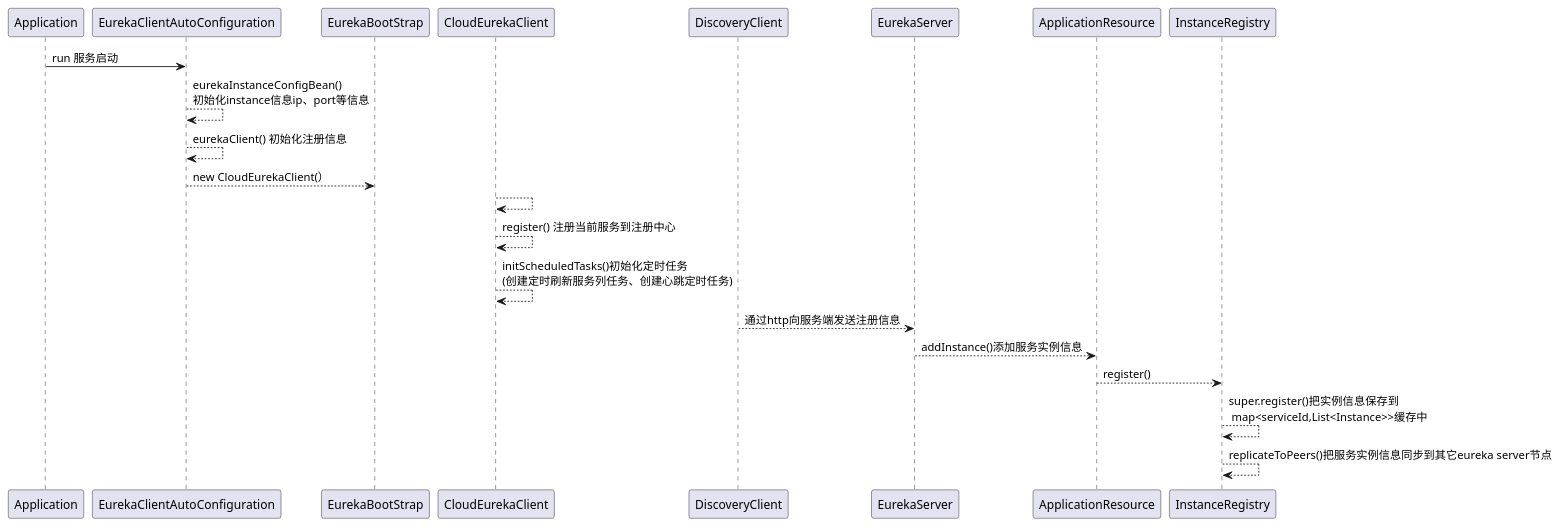
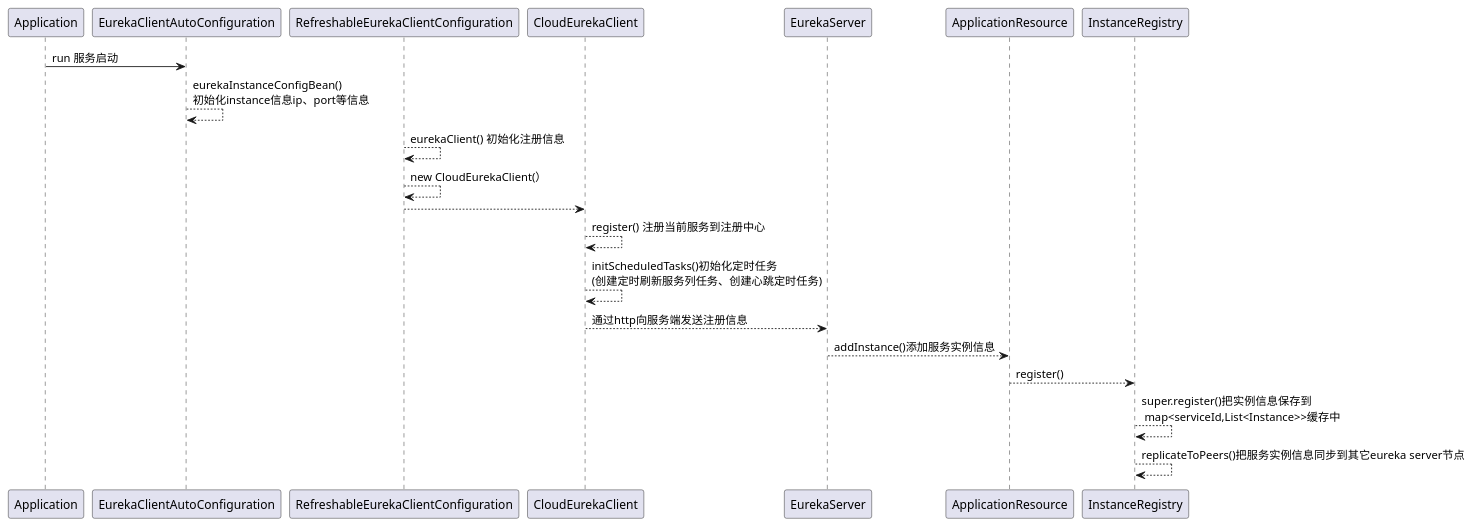
The diagram in doc/eureka-client-start.puml (evefost/spring-cloud-demo), drawn with PlantUML before and after one commit. The commit also changed 11 other files, not shown here.

```diff
--- a/doc/eureka-client-start.puml
+++ b/doc/eureka-client-start.puml
@@ -1,14 +1,14 @@
 @startuml
 Application -> EurekaClientAutoConfiguration:run 服务启动
 EurekaClientAutoConfiguration --> EurekaClientAutoConfiguration:eurekaInstanceConfigBean()\n初始化instance信息ip、port等信息
-EurekaClientAutoConfiguration --> EurekaClientAutoConfiguration:eurekaClient() 初始化注册信息
-EurekaClientAutoConfiguration --> EurekaBootStrap:new CloudEurekaClient(）
-CloudEurekaClient --> CloudEurekaClient:
+RefreshableEurekaClientConfiguration --> RefreshableEurekaClientConfiguration:eurekaClient() 初始化注册信息
+RefreshableEurekaClientConfiguration --> RefreshableEurekaClientConfiguration:new CloudEurekaClient(）
+RefreshableEurekaClientConfiguration --> CloudEurekaClient:
 CloudEurekaClient --> CloudEurekaClient:register() 注册当前服务到注册中心
 CloudEurekaClient --> CloudEurekaClient:initScheduledTasks()初始化定时任务\n(创建定时刷新服务列任务、创建心跳定时任务)
-DiscoveryClient --> EurekaServer:通过http向服务端发送注册信息
+CloudEurekaClient --> EurekaServer:通过http向服务端发送注册信息
 EurekaServer --> ApplicationResource:addInstance()添加服务实例信息
 ApplicationResource --> InstanceRegistry:register()
 InstanceRegistry --> InstanceRegistry:super.register()把实例信息保存到\n map<serviceId,List<Instance>>缓存中
 InstanceRegistry -->  InstanceRegistry:replicateToPeers()把服务实例信息同步到其它eureka server节点
 @enduml
```
